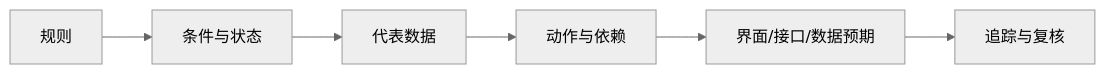
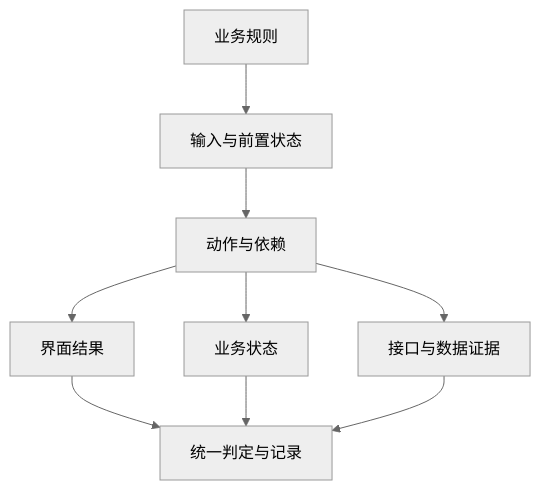
The diagram in source/_posts/learn-topic/testing-basics/测试基础(六)功能测试用例设计.md (koco-co/hexo-blog), drawn with Mermaid (neutral theme) before and after one commit. The commit also changed other lines of this file and 100 other files, not shown here.

```diff
--- a/source/_posts/learn-topic/testing-basics/测试基础(六)功能测试用例设计.md
+++ b/source/_posts/learn-topic/testing-basics/测试基础(六)功能测试用例设计.md
@@ -48,8 +79,11 @@
 {% mermaid %}
-flowchart LR
-  R[规则] --> C[条件与状态]
-  C --> D[代表数据]
-  D --> A[动作与依赖]
-  A --> O[界面/接口/数据预期]
-  O --> T[追踪与复核]
+flowchart TD
+  R[业务规则] --> I[输入与前置状态]
+  I --> A[动作与依赖]
+  A --> O[界面结果]
+  A --> B[业务状态]
+  A --> E[接口与数据证据]
+  O --> V[统一判定与记录]
+  B --> V
+  E --> V
 {% endmermaid %}
```
